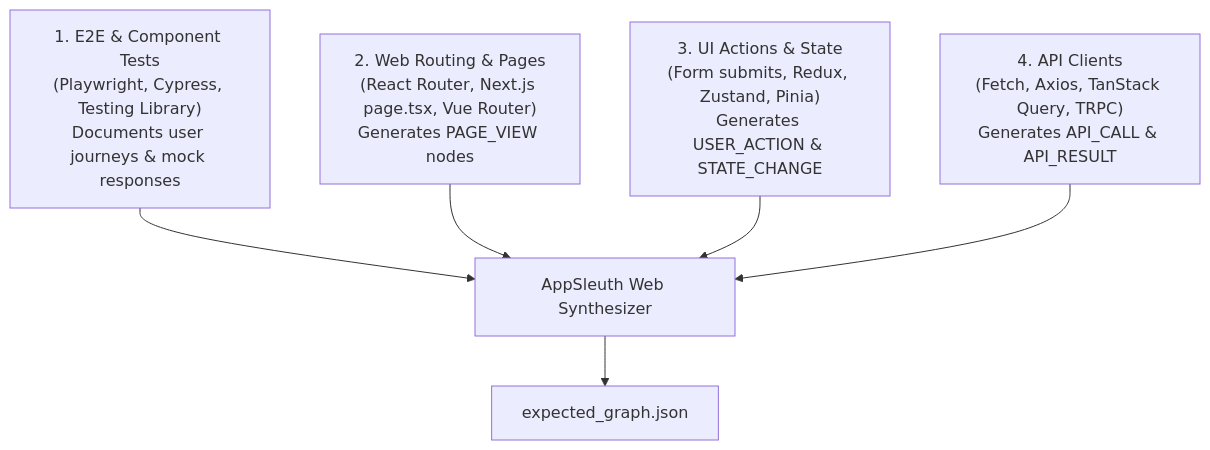
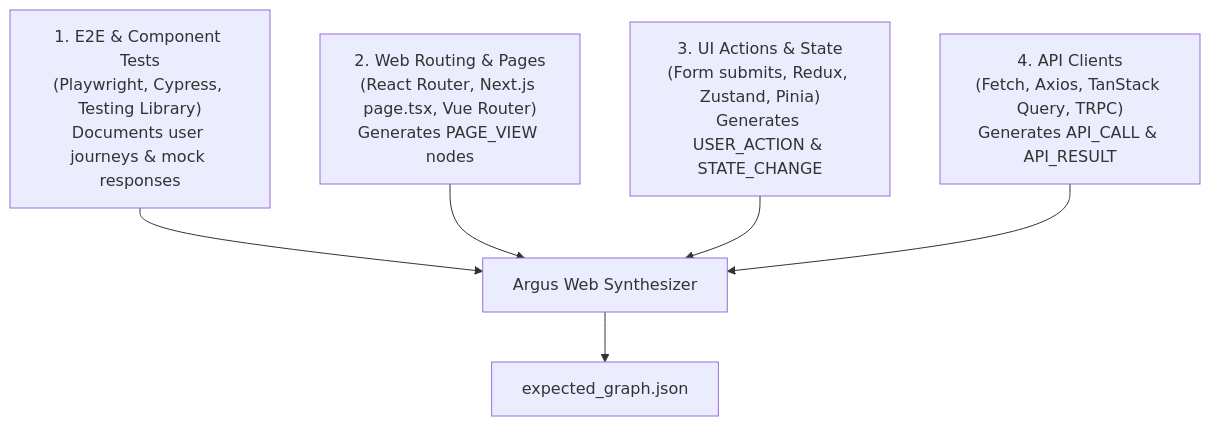
One commit to Deven264/AppSleuth changed the diagram in skills/web-graph-extractor/SKILL.md. Above: the diagram before and after it, drawn with Mermaid. The commit also changed other lines of this file and 35 other files, not shown here.

Commit message:
refactor: rename project to Argus: SystemSleuth

````diff
--- a/skills/web-graph-extractor/SKILL.md
+++ b/skills/web-graph-extractor/SKILL.md
@@ -14,9 +14,9 @@
 ```mermaid
 flowchart TD
     P1["1. E2E & Component Tests\n(Playwright, Cypress, Testing Library)\nDocuments user journeys & mock responses"] --> Synthesizer
     P2["2. Web Routing & Pages\n(React Router, Next.js page.tsx, Vue Router)\nGenerates PAGE_VIEW nodes"] --> Synthesizer
     P3["3. UI Actions & State\n(Form submits, Redux, Zustand, Pinia)\nGenerates USER_ACTION & STATE_CHANGE"] --> Synthesizer
     P4["4. API Clients\n(Fetch, Axios, TanStack Query, TRPC)\nGenerates API_CALL & API_RESULT"] --> Synthesizer
 
-    Synthesizer["AppSleuth Web Synthesizer"] --> Output["expected_graph.json"]
+    Synthesizer["Argus Web Synthesizer"] --> Output["expected_graph.json"]
 ```
````
